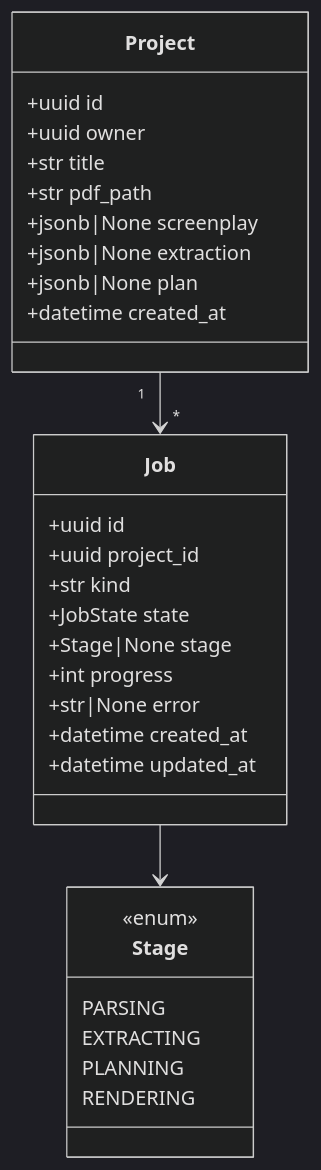
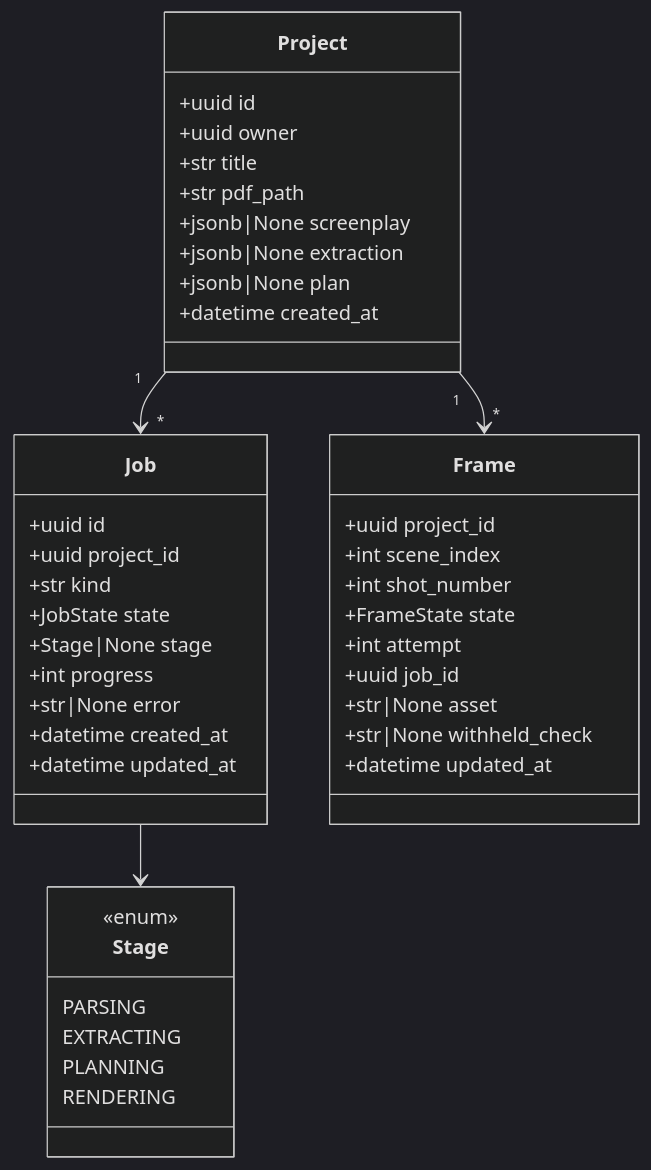
The first of 3 diagrams in docs/design/web.md (Katlego-tech/Panelwise), drawn with Mermaid (dark theme) before and after one commit. The commit also changed other lines of this file and 13 other files, not shown here.

````diff
--- a/docs/design/web.md
+++ b/docs/design/web.md
@@ -69,33 +71,45 @@
 ```mermaid
 classDiagram
     class Project {
         +uuid id
         +uuid owner
         +str title
         +str pdf_path
         +jsonb|None screenplay
         +jsonb|None extraction
         +jsonb|None plan
         +datetime created_at
     }
     class Job {
         +uuid id
         +uuid project_id
         +str kind
         +JobState state
         +Stage|None stage
         +int progress
         +str|None error
         +datetime created_at
         +datetime updated_at
     }
     class Stage {
         <<enum>>
         PARSING
         EXTRACTING
         PLANNING
         RENDERING
     }
+    class Frame {
+        +uuid project_id
+        +int scene_index
+        +int shot_number
+        +FrameState state
+        +int attempt
+        +uuid job_id
+        +str|None asset
+        +str|None withheld_check
+        +datetime updated_at
+    }
     Project "1" --> "*" Job
+    Project "1" --> "*" Frame
     Job --> Stage
 ```
````
